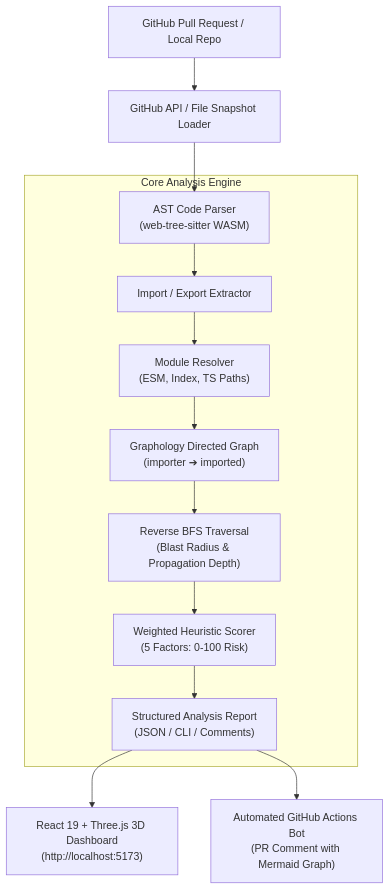
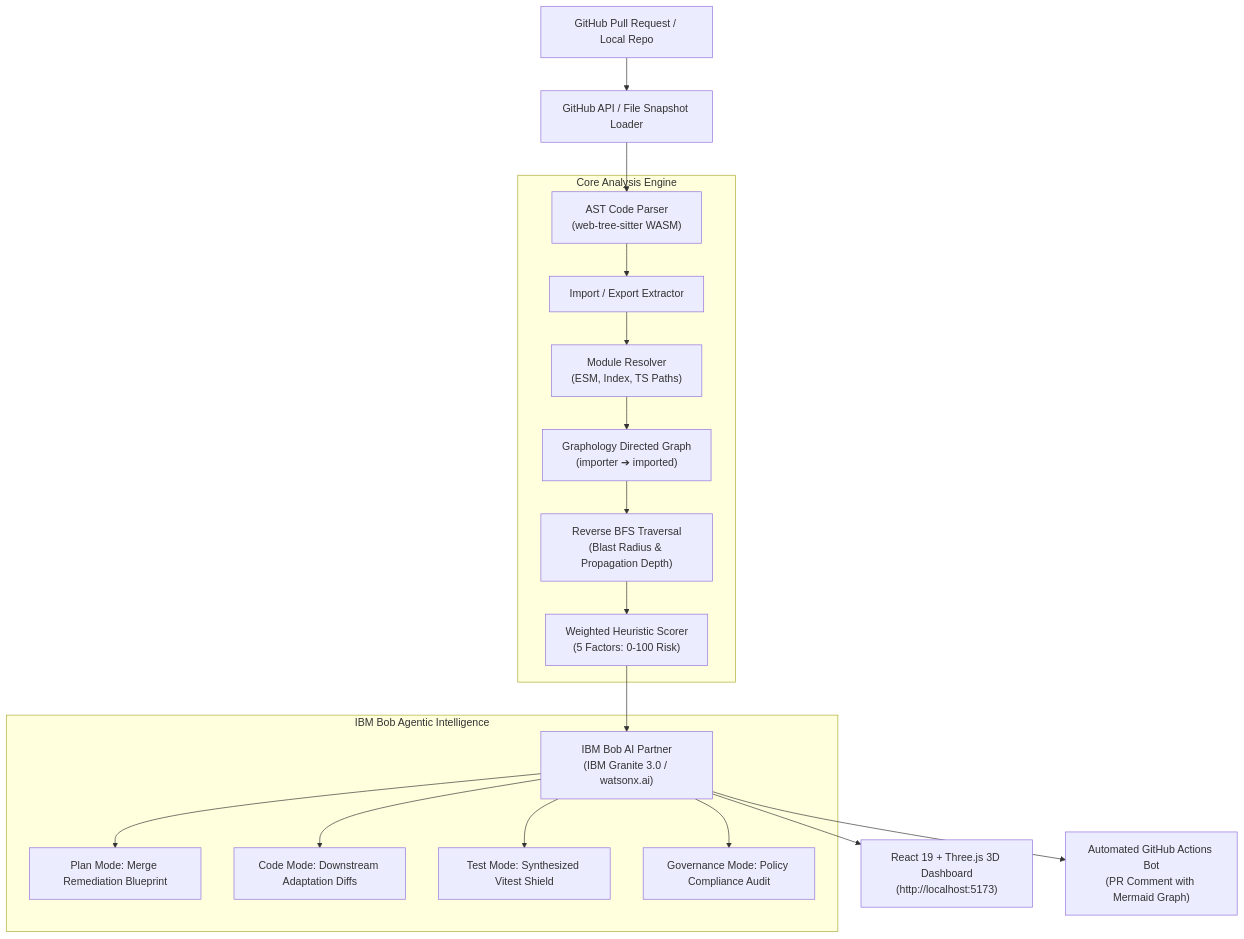
Before and after one commit to Sriram-Nambiar/Ripple: the diagram in README.md, drawn with Mermaid. The commit also changed other lines of this file and 5 other files, not shown here.

Commit message:
feat(bob): integrate IBM Bob agentic remediation hub and regression test shield

````diff
--- a/README.md
+++ b/README.md
@@ -94,17 +111,24 @@
 ```mermaid
 flowchart TD
     PR["GitHub Pull Request / Local Repo"] --> Fetcher["GitHub API / File Snapshot Loader"]
     Fetcher --> AST["AST Code Parser\n(web-tree-sitter WASM)"]
     
     subgraph Core Analysis Engine
         AST --> Extractor["Import / Export Extractor"]
         Extractor --> Resolver["Module Resolver\n(ESM, Index, TS Paths)"]
         Resolver --> Graph["Graphology Directed Graph\n(importer ➔ imported)"]
         Graph --> Traversal["Reverse BFS Traversal\n(Blast Radius & Propagation Depth)"]
         Traversal --> Scorer["Weighted Heuristic Scorer\n(5 Factors: 0-100 Risk)"]
-        Scorer --> Output["Structured Analysis Report\n(JSON / CLI / Comments)"]
     end
 
-    Output --> WebUI["React 19 + Three.js 3D Dashboard\n(http://localhost:5173)"]
-    Output --> Bot["Automated GitHub Actions Bot\n(PR Comment with Mermaid Graph)"]
+    subgraph IBM Bob Agentic Intelligence
+        Scorer --> Bob["IBM Bob AI Partner\n(IBM Granite 3.0 / watsonx.ai)"]
+        Bob --> Plan["Plan Mode: Merge Remediation Blueprint"]
+        Bob --> Patches["Code Mode: Downstream Adaptation Diffs"]
+        Bob --> TestShield["Test Mode: Synthesized Vitest Shield"]
+        Bob --> Governance["Governance Mode: Policy Compliance Audit"]
+    end
+
+    Bob --> WebUI["React 19 + Three.js 3D Dashboard\n(http://localhost:5173)"]
+    Bob --> Bot["Automated GitHub Actions Bot\n(PR Comment with Mermaid Graph)"]
 ```
````
